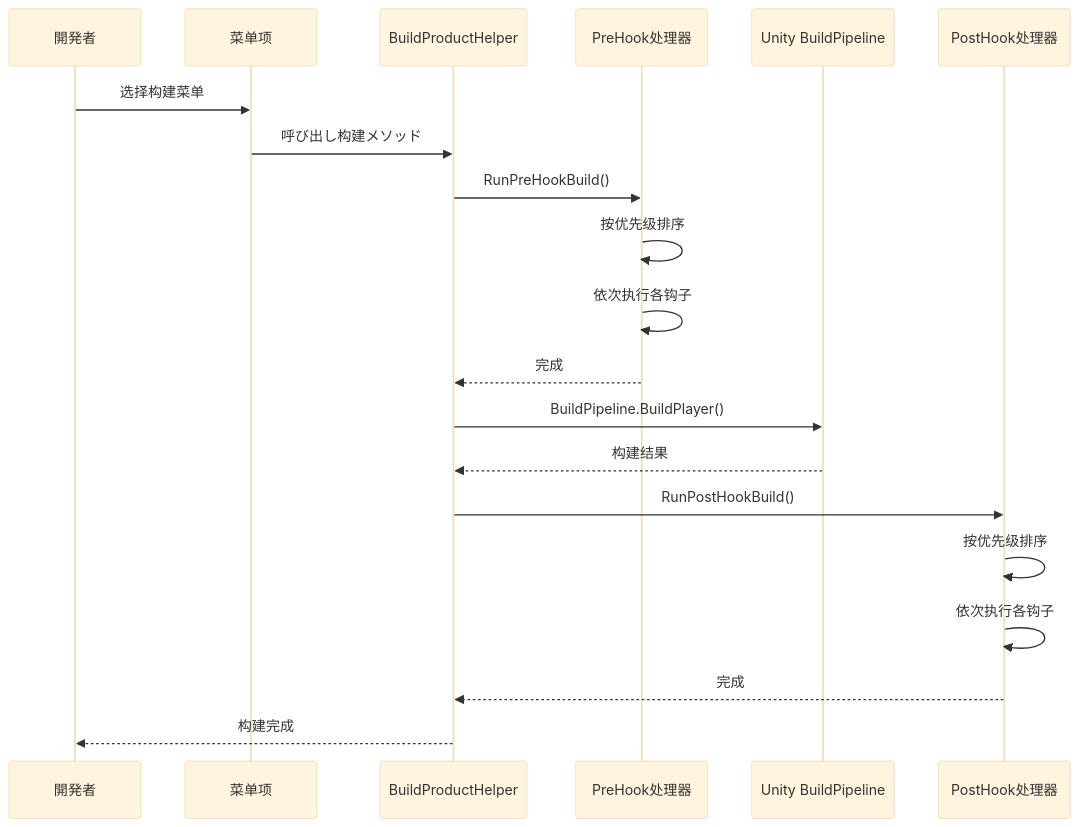
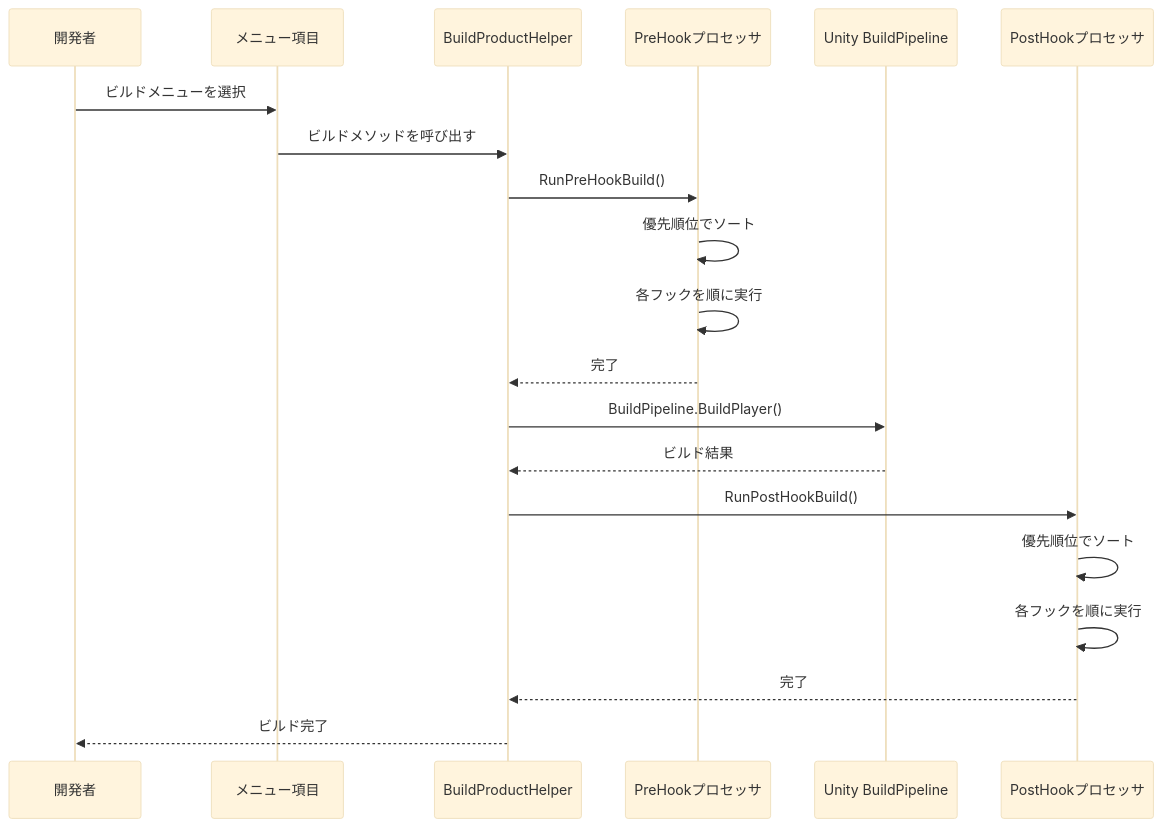
Before and after one commit to AlianBlank/GameFrameX.Docs: the second of 2 diagrams in docs/ja/client/unity/component/core/11.build-tools.md, drawn with Mermaid (base theme). The commit also changed other lines of this file and 320 other files, not shown here.

````diff
--- a/docs/ja/client/unity/component/core/11.build-tools.md
+++ b/docs/ja/client/unity/component/core/11.build-tools.md
@@ -189,23 +189,23 @@
 ```mermaid
 sequenceDiagram
     participant User as 開発者
-    participant Menu as 菜单项
+    participant Menu as メニュー項目
     participant BH as BuildProductHelper
-    participant PreHook as PreHook处理器
+    participant PreHook as PreHookプロセッサ
     participant BP as Unity BuildPipeline
-    participant PostHook as PostHook处理器
+    participant PostHook as PostHookプロセッサ
 
-    User->>Menu: 选择构建菜单
-    Menu->>BH: 呼び出し构建メソッド
+    User->>Menu: ビルドメニューを選択
+    Menu->>BH: ビルドメソッドを呼び出す
     BH->>PreHook: RunPreHookBuild()
-    PreHook->>PreHook: 按优先级排序
-    PreHook->>PreHook: 依次执行各钩子
-    PreHook-->>BH: 完成
+    PreHook->>PreHook: 優先順位でソート
+    PreHook->>PreHook: 各フックを順に実行
+    PreHook-->>BH: 完了
     BH->>BP: BuildPipeline.BuildPlayer()
-    BP-->>BH: 构建结果
+    BP-->>BH: ビルド結果
     BH->>PostHook: RunPostHookBuild()
-    PostHook->>PostHook: 按优先级排序
-    PostHook->>PostHook: 依次执行各钩子
-    PostHook-->>BH: 完成
-    BH-->>User: 构建完成
+    PostHook->>PostHook: 優先順位でソート
+    PostHook->>PostHook: 各フックを順に実行
+    PostHook-->>BH: 完了
+    BH-->>User: ビルド完了
 ```
````
